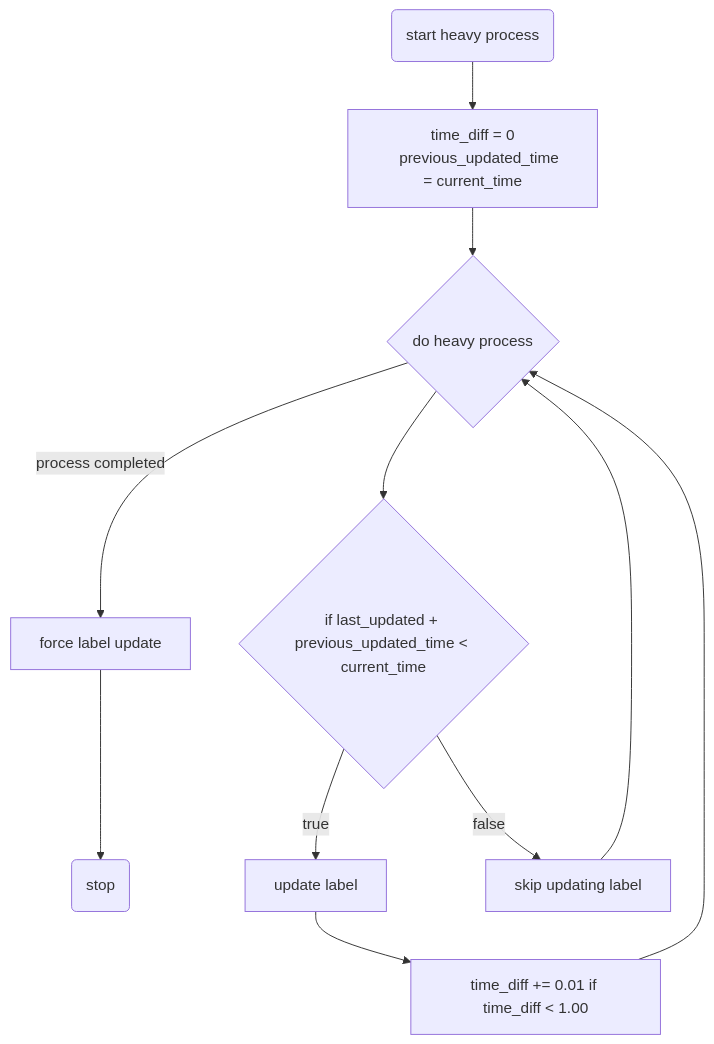
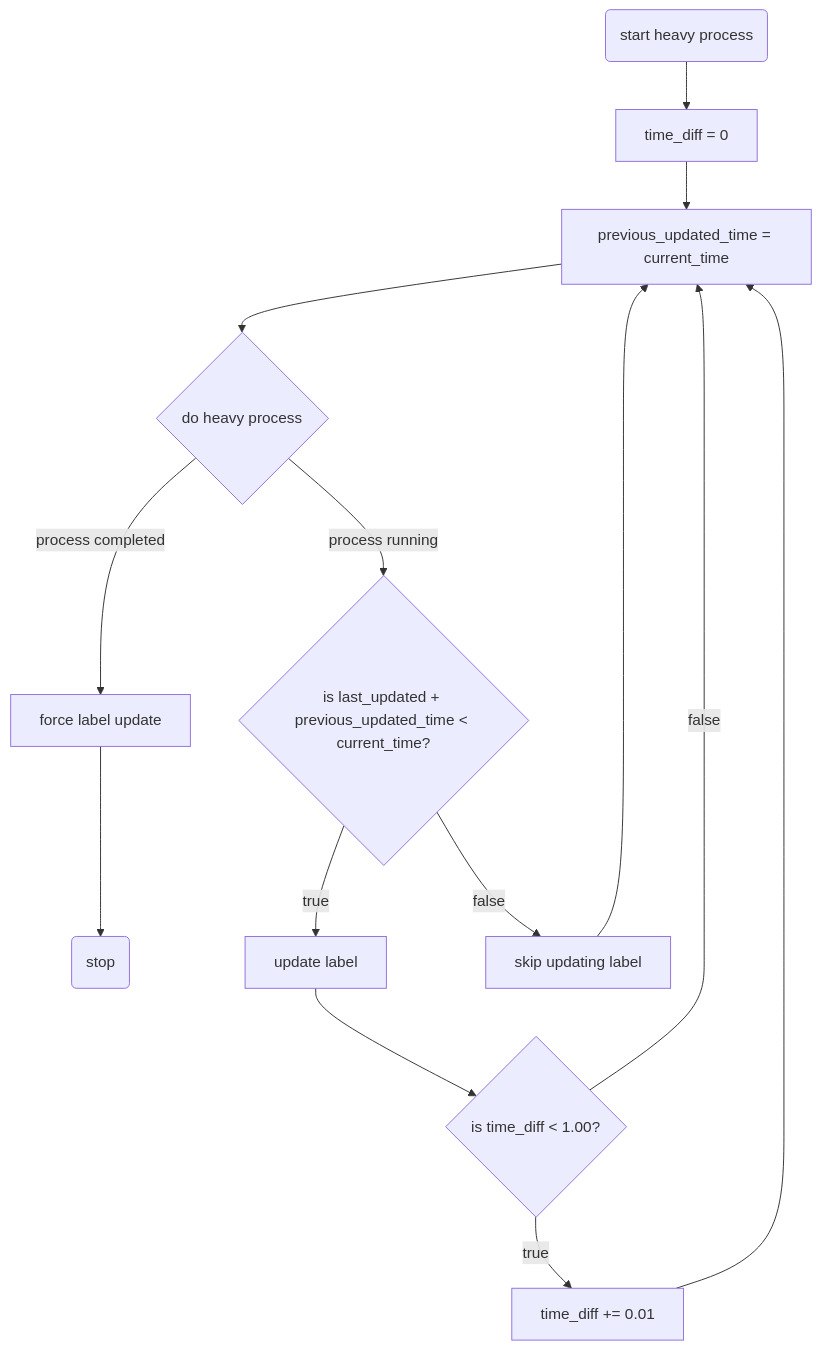
Before and after one commit to NSPC911/rovr: the second of 2 diagrams in docs/src/content/docs/contributing/optimisation.mdx, drawn with Mermaid. The commit also changed other lines of this file and 6 other files, not shown here.

````diff
--- a/docs/src/content/docs/contributing/optimisation.mdx
+++ b/docs/src/content/docs/contributing/optimisation.mdx
@@ -36,14 +37,16 @@
 ```mermaid
 flowchart TD
-    a(start heavy process) --> b[time_diff = 0
-    previous_updated_time = current_time]
-    b --> c{do heavy process}
+    b --> bc[previous_updated_time = current_time]
+    bc --> c{do heavy process}
     c --> |process completed|h[force label update]
     h --> s(stop)
-    c --> d{if last_updated + previous_updated_time < current_time}
+    c --> |process running|d{is last_updated + previous_updated_time < current_time?}
     d --> |true|e[update label]
-    e --> g[time_diff += 0.01 if time_diff < 1.00]
-    g --> c
+    e --> i{is time_diff < 1.00?}
+    i --> |true|j[time_diff += 0.01]
+    j --> bc
+    i --> |false|bc
     d --> |false|f[skip updating label]
-    f --> c
+    f --> bc
+    a(start heavy process) --> b[time_diff = 0]
 ```
````
